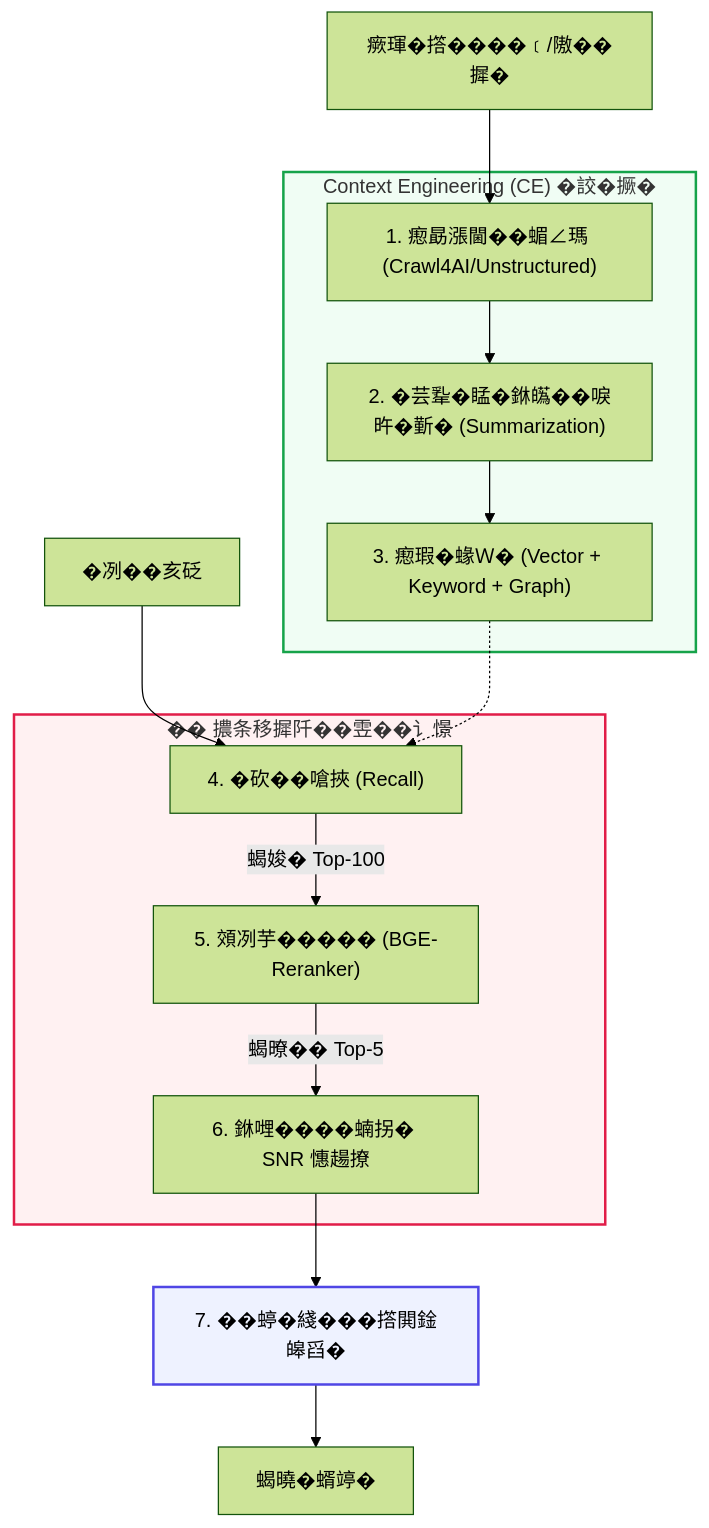
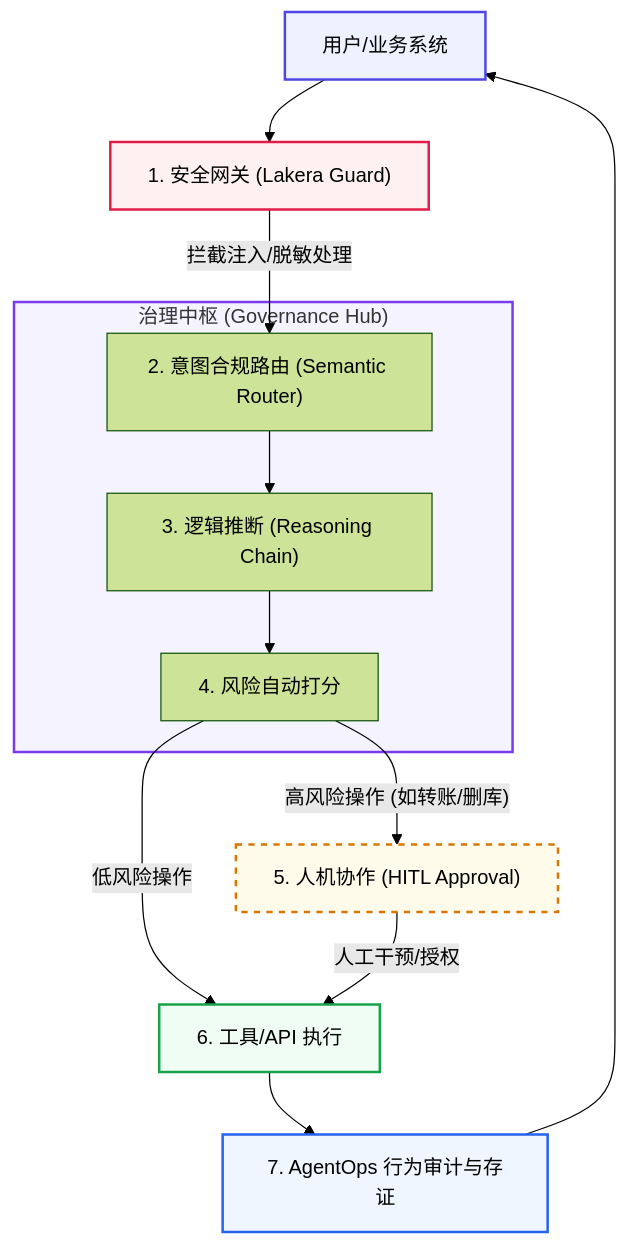
Diagram 12 of 13 in doc/AI_Knowledge_Roadmap.md (wangchong2023/lang-chain-graph), drawn with Mermaid (forest theme) before and after one commit. The commit also changed other lines of this file, not shown here.

Commit message:
docs: update AI knowledge roadmap with new learning resources and milestones

````diff
--- a/doc/AI_Knowledge_Roadmap.md
+++ b/doc/AI_Knowledge_Roadmap.md
@@ -1226,25 +988,25 @@
 ```mermaid
 graph TD
-    Docs["瘚琿�撘����﹝/隞��摨�"] --> Pipeline["1. 瘛勗漲閫��蝞∠瑪 (Crawl4AI/Unstructured)"]
+    User["用户/业务系统"] --> EntryGate["1. 安全网关 (Lakera Guard)"]
+    EntryGate -- "拦截注入/脱敏处理" --> Router["2. 意图合规路由 (Semantic Router)"]
     
-    subgraph CECore ["Context Engineering (CE) �詨�撅�"]
-        Pipeline --> Summary["2. �芸𢆡�䁅�銝𤾸��唳旿�𣂼� (Summarization)"]
-        Summary --> Hybrid["3. 瘛瑕�蝝Ｗ� (Vector + Keyword + Graph)"]
+    subgraph GovHub ["治理中枢 (Governance Hub)"]
+        Router --> Reasoning["3. 逻辑推断 (Reasoning Chain)"]
+        Reasoning --> RiskScoring["4. 风险自动打分"]
     end
     
-    UserQuery["�冽��亥砭"] --> Retrieval["4. �砍��嗆挾 (Recall)"]
-    Hybrid -.-> Retrieval
+    RiskScoring -- "高风险操作 (如转账/删库)" --> HITL["5. 人机协作 (HITL Approval)"]
+    RiskScoring -- "低风险操作" --> Execute["6. 工具/API 执行"]
     
-    subgraph HighPrecision ["�� 擃条移摨阡��雴��讠憬"]
-        Retrieval -- "蝎㛖� Top-100" --> Rerank["5. 頝冽芋����� (BGE-Reranker)"]
-        Rerank -- "蝎暸�� Top-5" --> ContextCompression["6. 銝𠹺����蝻拐� SNR 憓𧼮撩"]
-    end
-    
-    ContextCompression --> LLM["7. ��蝏�綫���撘閧鍂皞舀�"]
-    LLM --> Result["蝎曉�蝑𥪜�"]
+    HITL -- "人工干预/授权" --> Execute
+    Execute --> Audit["7. AgentOps 行为审计与存证"]
+    Audit --> User
 
-    %% �瑕�蝢𤾸�
-    style CECore fill:#f0fdf4,stroke:#16a34a,stroke-width:2px
-    style HighPrecision fill:#fff1f2,stroke:#e11d48,stroke-width:2px
-    style LLM fill:#eef2ff,stroke:#4f46e5,stroke-width:2px
+    %% 样式美化
+    style User fill:#eef2ff,stroke:#4f46e5,stroke-width:2px
+    style EntryGate fill:#fff1f2,stroke:#e11d48,stroke-width:2px
+    style HITL fill:#fffbeb,stroke:#d97706,stroke-width:2px,stroke-dasharray: 5 5
+    style Execute fill:#f0fdf4,stroke:#16a34a,stroke-width:2px
+    style Audit fill:#eff6ff,stroke:#2563eb,stroke-width:2px
+    style GovHub fill:#f5f3ff,stroke:#7c3aed,stroke-width:2px
 ```
````
